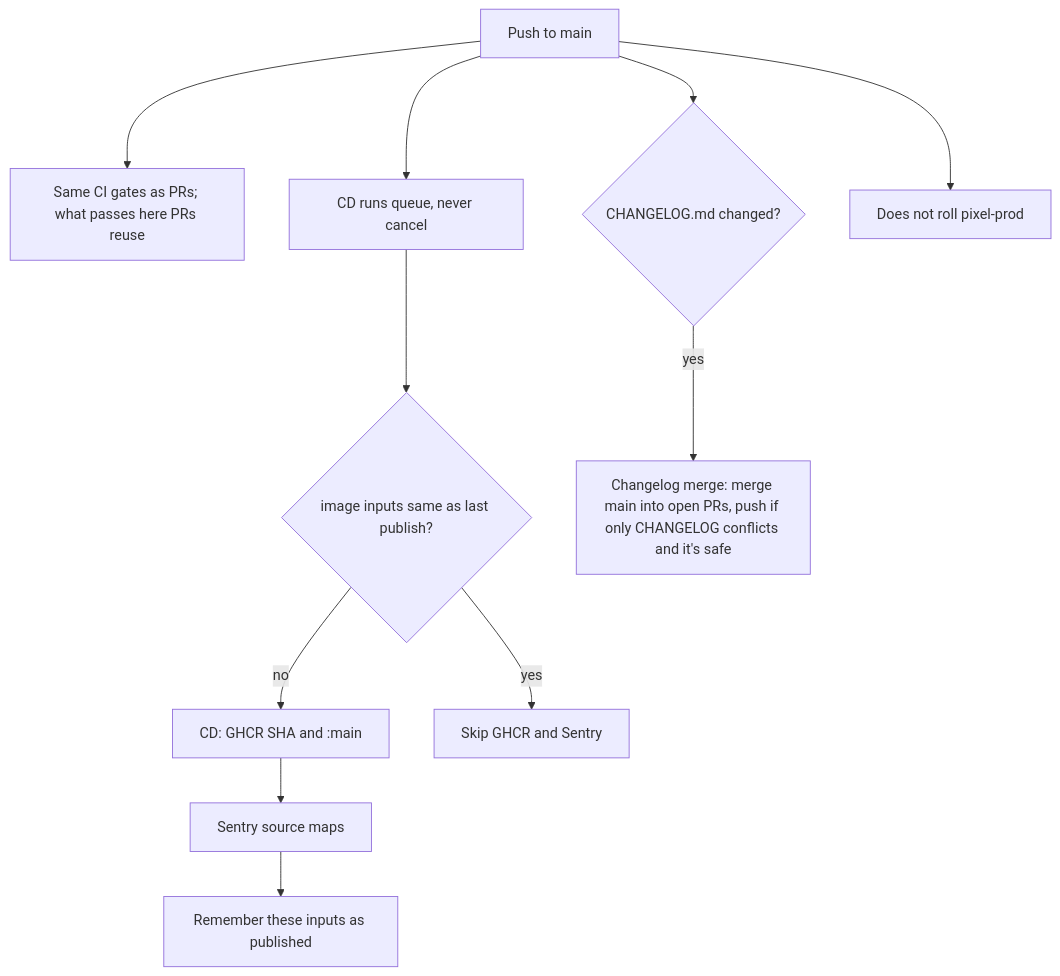
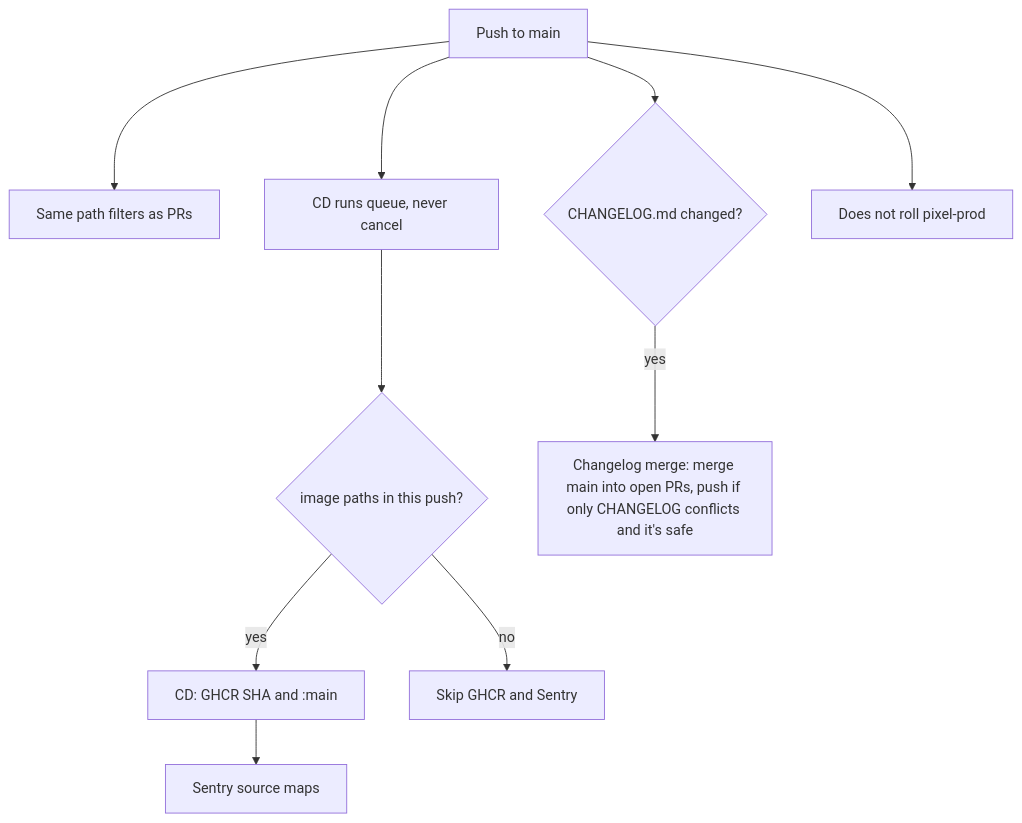
One commit to pixelbar/pixel changed the second of 4 diagrams in docs/runbook.md. Above: the diagram before and after it, drawn with Mermaid. The commit also changed other lines of this file and 15 other files, not shown here.

First line of the commit message:
Use dorny/paths-filter to skip expensive CI on markdown-only changes

````diff
--- a/docs/runbook.md
+++ b/docs/runbook.md
@@ -576,14 +574,13 @@
 ```mermaid
 flowchart TD
   main[Push to main]
-  main --> ci["Same CI gates as PRs; what passes here PRs reuse"]
+  main --> ci[Same path filters as PRs]
   main --> queue[CD runs queue, never cancel]
-  queue --> imagep{"image inputs same as last publish?"}
-  imagep -->|no| pub["CD: GHCR SHA and :main"]
+  queue --> imagep{"image paths in this push?"}
+  imagep -->|yes| pub["CD: GHCR SHA and :main"]
   pub --> maps[Sentry source maps]
-  maps --> mark[Remember these inputs as published]
-  imagep -->|yes| nocd[Skip GHCR and Sentry]
+  imagep -->|no| nocd[Skip GHCR and Sentry]
   main --> clogp{"CHANGELOG.md changed?"}
   clogp -->|yes| clogm["Changelog merge: merge main into open PRs, push if only CHANGELOG conflicts and it's safe"]
   main --> note[Does not roll pixel-prod]
 ```
````
